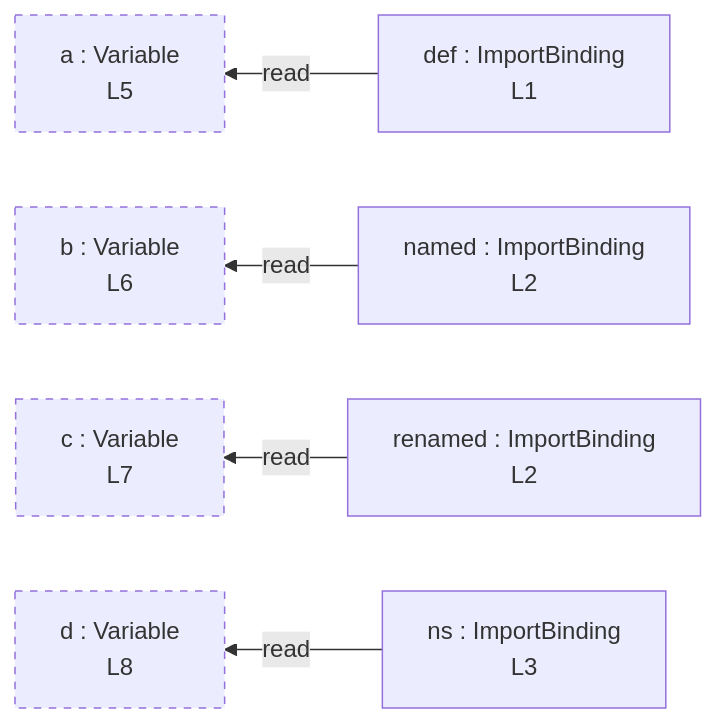
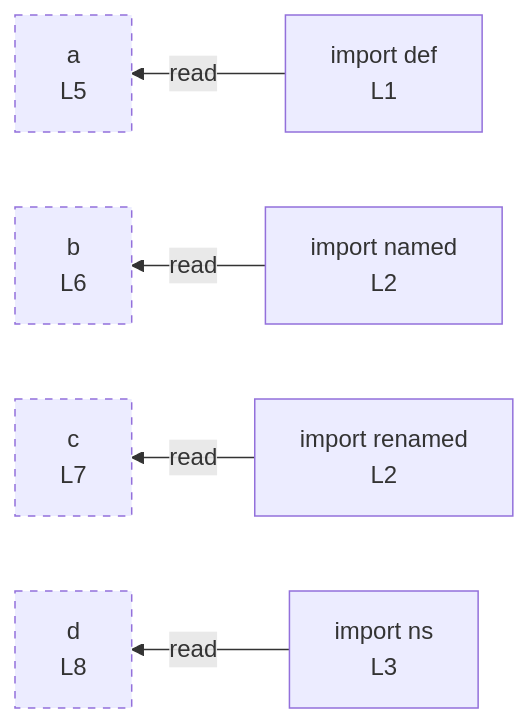
One commit to crescware/unsnarl changed the diagram in integration/fixtures/imports/preview.md. Above: the diagram before and after it, drawn with Mermaid. The commit also changed 27 other files, not shown here.

First line of the commit message:
refactor(mermaid): drop ": Variable" noise, decorate kinds inline

````diff
--- a/integration/fixtures/imports/preview.md
+++ b/integration/fixtures/imports/preview.md
@@ -18,20 +18,20 @@
 ```mermaid
 flowchart RL
-  n_scope_0_def_7["def : ImportBinding<br/>L1"]
-  n_scope_0_named_41["named : ImportBinding<br/>L2"]
-  n_scope_0_renamed_57["renamed : ImportBinding<br/>L2"]
-  n_scope_0_ns_98["ns : ImportBinding<br/>L3"]
-  n_scope_0_a_131["a : Variable<br/>L5"]
-  n_scope_0_b_146["b : Variable<br/>L6"]
-  n_scope_0_c_163["c : Variable<br/>L7"]
-  n_scope_0_d_182["d : Variable<br/>L8"]
+  n_scope_0_def_7["import def<br/>L1"]
+  n_scope_0_named_41["import named<br/>L2"]
+  n_scope_0_renamed_57["import renamed<br/>L2"]
+  n_scope_0_ns_98["import ns<br/>L3"]
+  n_scope_0_a_131["a<br/>L5"]
+  n_scope_0_b_146["b<br/>L6"]
+  n_scope_0_c_163["c<br/>L7"]
+  n_scope_0_d_182["d<br/>L8"]
   n_scope_0_def_7 -->|read| n_scope_0_a_131
   n_scope_0_named_41 -->|read| n_scope_0_b_146
   n_scope_0_renamed_57 -->|read| n_scope_0_c_163
   n_scope_0_ns_98 -->|read| n_scope_0_d_182
   classDef unused stroke-dasharray: 5 5;
   class n_scope_0_a_131 unused;
   class n_scope_0_b_146 unused;
   class n_scope_0_c_163 unused;
   class n_scope_0_d_182 unused;
 ```
````
